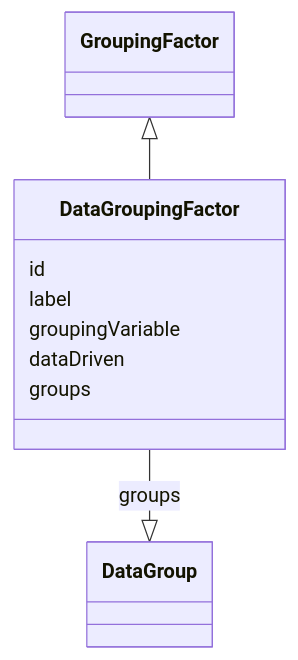
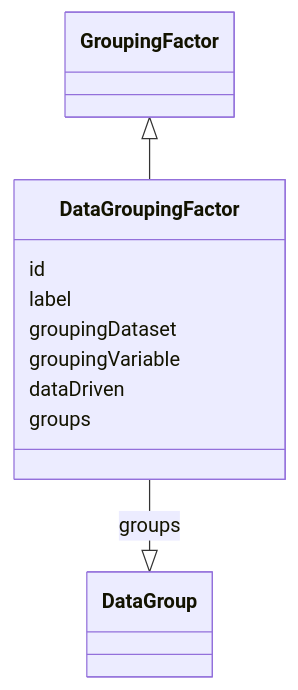
One commit to cdisc-org/analysis-results-standard changed the diagram in project/docs/DataGroupingFactor.md. Above: the diagram before and after it, drawn with Mermaid. The commit also changed other lines of this file and 132 other files, not shown here.

````diff
--- a/project/docs/DataGroupingFactor.md
+++ b/project/docs/DataGroupingFactor.md
@@ -13,13 +13,14 @@
 ```mermaid
  classDiagram
     class DataGroupingFactor
       GroupingFactor <|-- DataGroupingFactor
 
       DataGroupingFactor : id
         DataGroupingFactor : label
+        DataGroupingFactor : groupingDataset
         DataGroupingFactor : groupingVariable
         DataGroupingFactor : dataDriven
         DataGroupingFactor : groups
         DataGroupingFactor --|> DataGroup : groups
         
 ```
````
